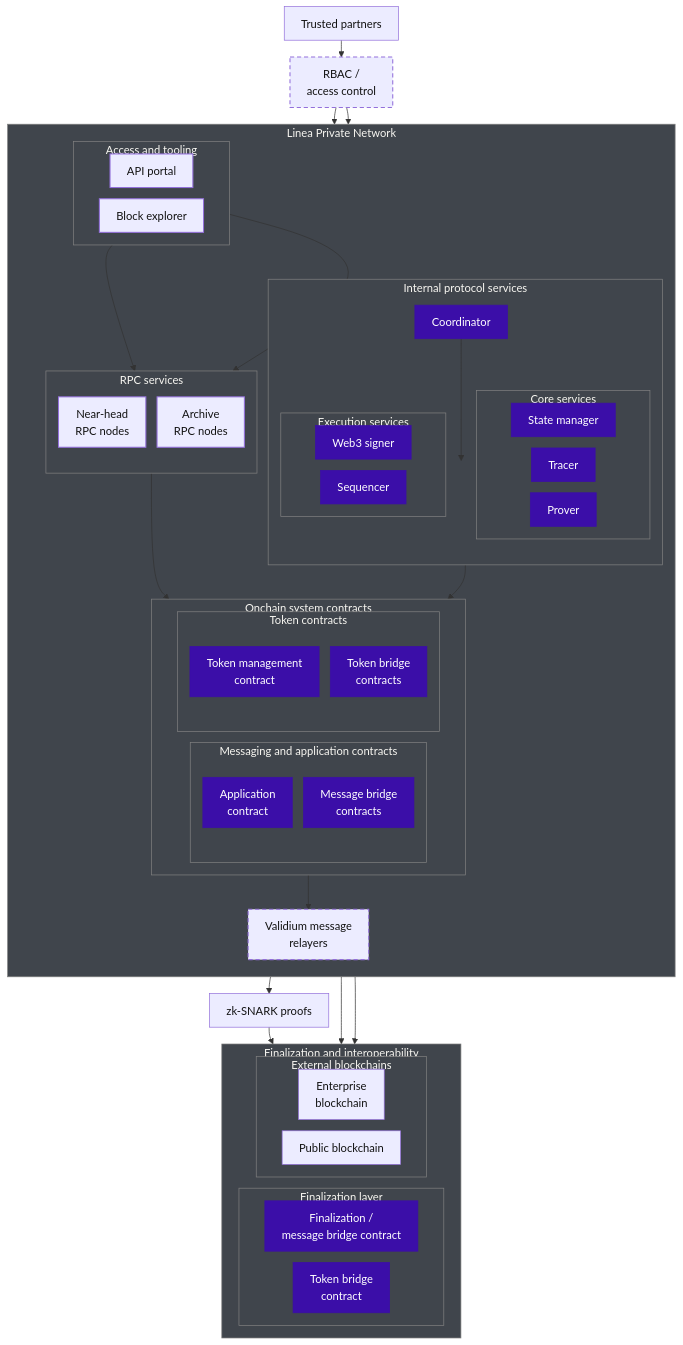
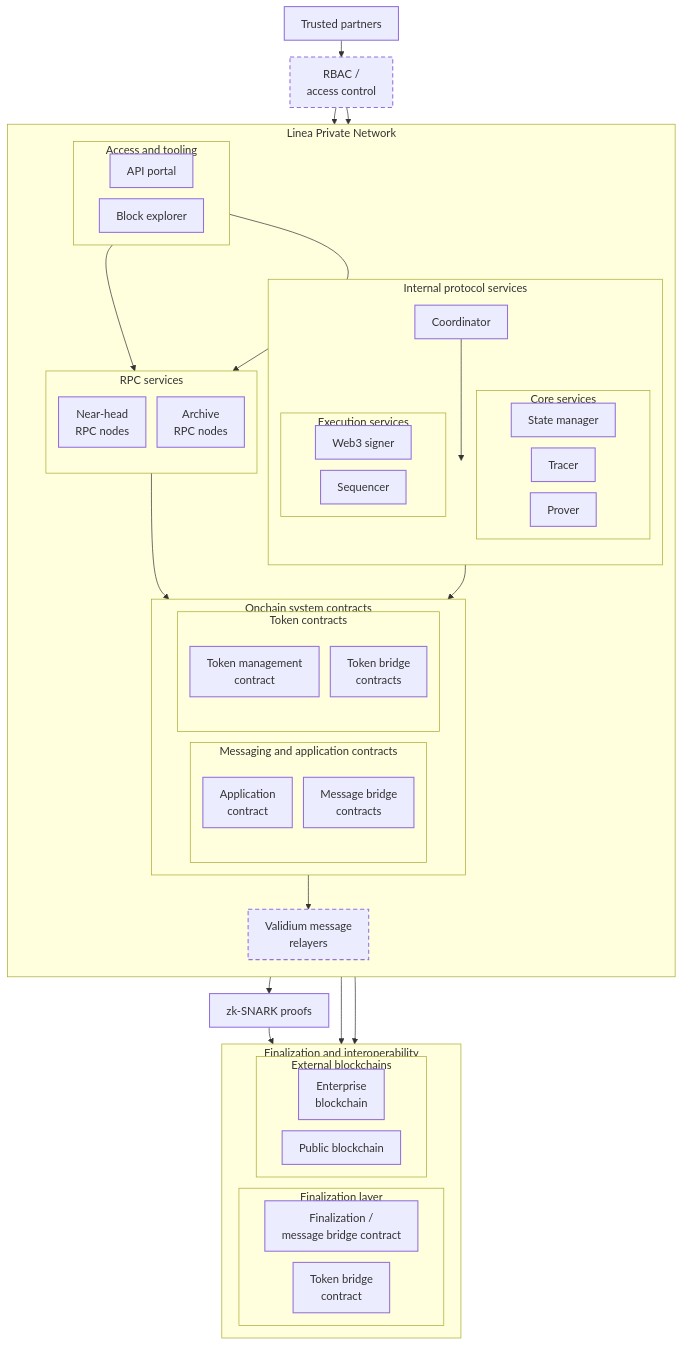
The diagram in docs/stack/how-it-works/deployment-models.mdx (Consensys/doc.linea), drawn with Mermaid before and after one commit. The commit also changed 3 other files, not shown here.

````diff
--- a/docs/stack/how-it-works/deployment-models.mdx
+++ b/docs/stack/how-it-works/deployment-models.mdx
@@ -113,10 +113,7 @@
 ```mermaid
 %%{init: {
   "themeVariables": {
-    "fontFamily": "AtypText, sans-serif",
-    "clusterBkg": "#40454c",
-    "clusterBorder": "#808080",
-    "titleColor": "#f8f7f2"
+    "fontFamily": "AtypText, sans-serif"
   },
   "flowchart": {
     "useMaxWidth": true,
@@ -127,13 +124,12 @@
   }
 }}%%
 flowchart TB
-  %% =========================
-  %% Styling (Linea docs palette; theme CSS adjusts light/dark)
-  %% =========================
-  classDef core fill:#3b0ea8,color:#ffffff,stroke:#3b0ea8,stroke-width:1px;
-  classDef access fill:#ECECFF,color:#121212,stroke:#9370DB,stroke-width:1.5px;
-  classDef control fill:#ECECFF,color:#121212,stroke:#9370DB,stroke-width:1.5px,stroke-dasharray: 6 4;
-  classDef neutral fill:#ECECFF,color:#121212,stroke:#9370DB,stroke-width:1px;
+  %% Node colors come from CSS (theme-aware). Keep classDef free of fill/color
+  %% so Mermaid does not inject #svgId !important rules that block overrides.
+  classDef core stroke-width:1.5px;
+  classDef access stroke-width:1.5px;
+  classDef control stroke-width:1.5px,stroke-dasharray:6 4;
+  classDef neutral stroke-width:1.5px;
   classDef invisible fill:transparent,stroke:transparent,color:transparent;
 
   %% =========================
````
